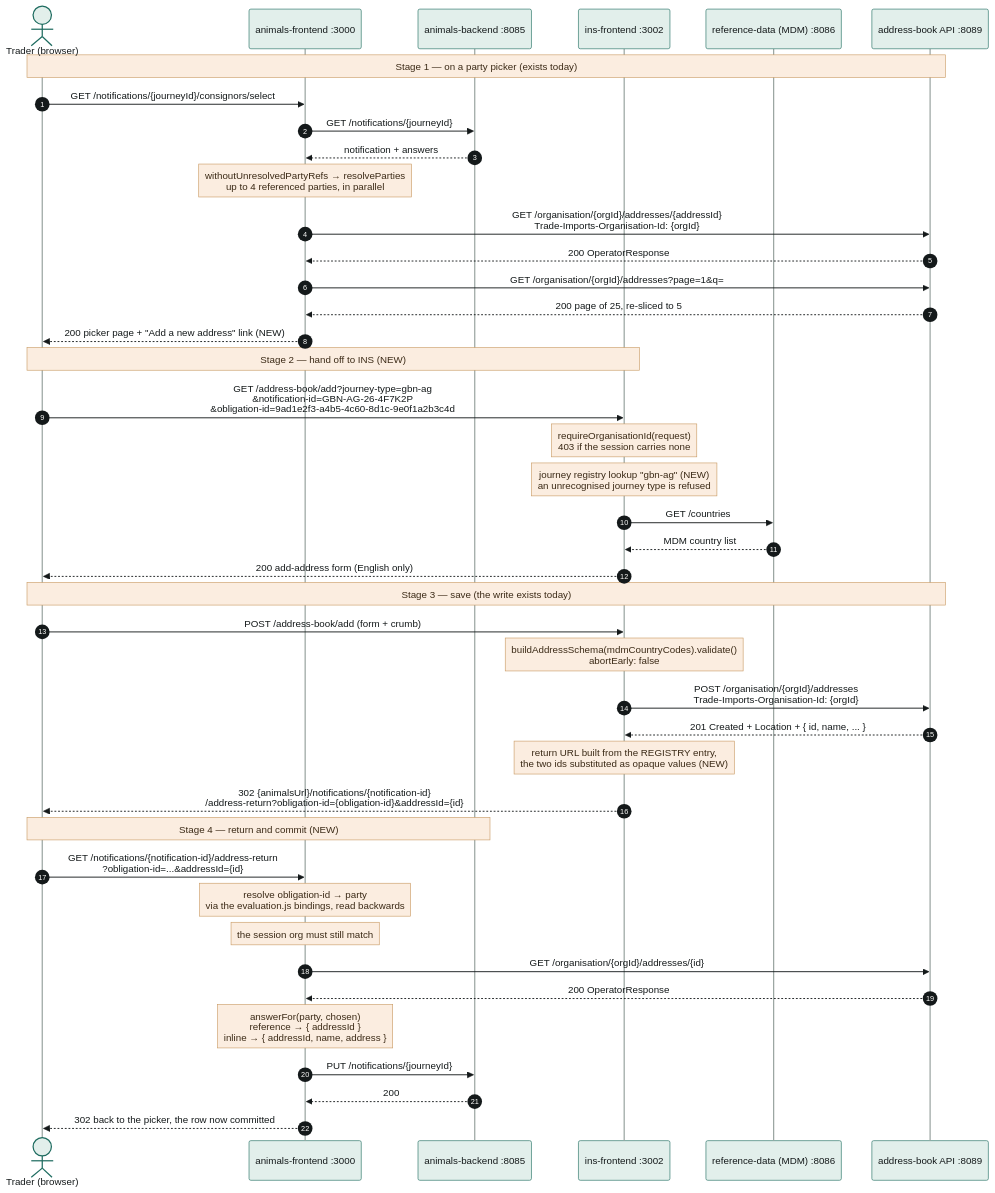
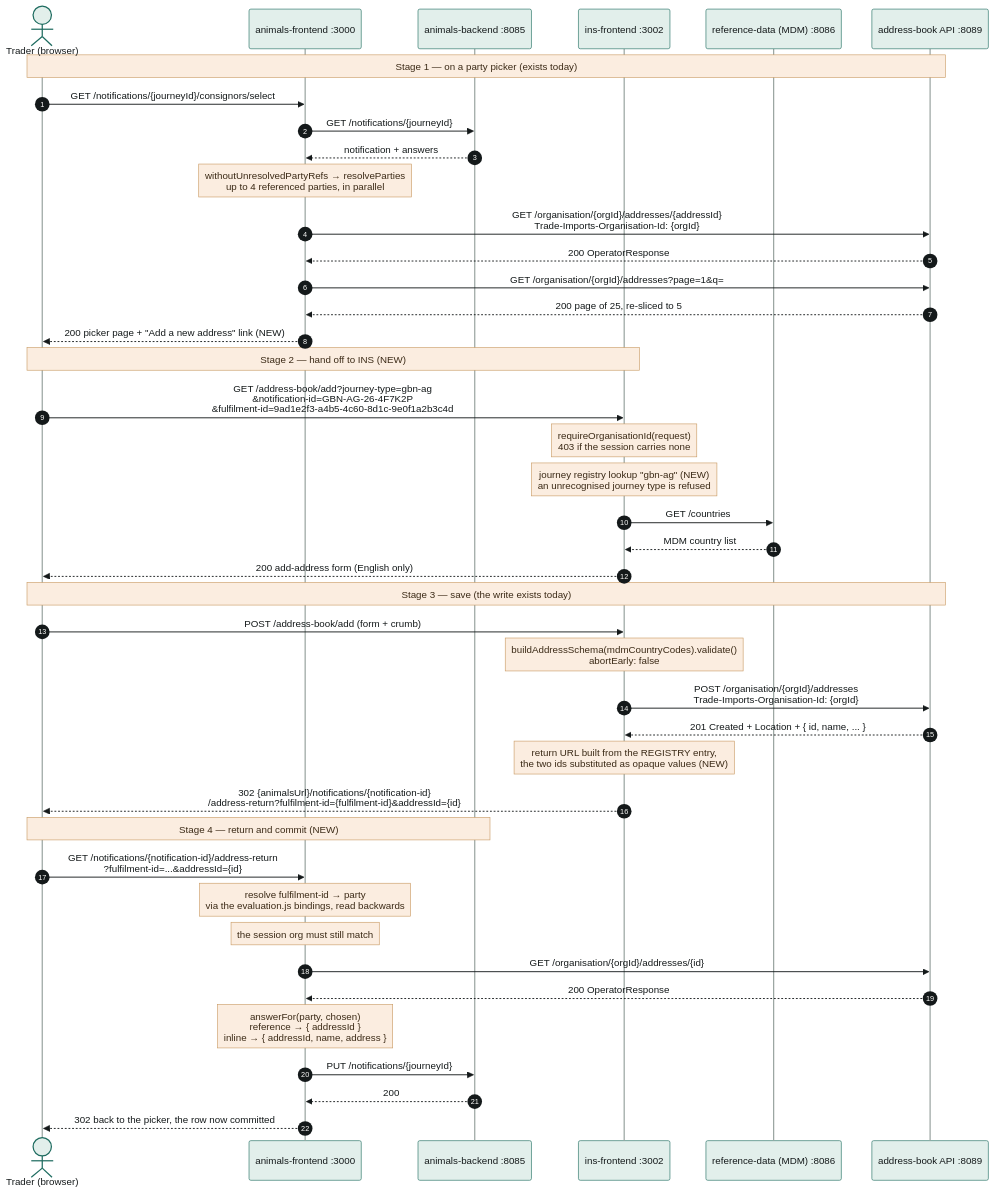
Before and after one commit to DEFRA/trade-imports-workspace: the diagram in workareas/shared/eudpa-333-address-add-handshake/happy-path.mmd, drawn with Mermaid. The commit also changed 3 other files, not shown here.

First line of the commit message:
docs(EUDPA-333): the return parameter is fulfilment-id, not obligation-id

```diff
--- a/workareas/shared/eudpa-333-address-add-handshake/happy-path.mmd
+++ b/workareas/shared/eudpa-333-address-add-handshake/happy-path.mmd
@@ -1,47 +1,47 @@
 %%{init: {"theme":"base","themeVariables":{"background":"#fcfcfa","primaryColor":"#e2efeb","primaryTextColor":"#14191a","primaryBorderColor":"#1d6b5f","lineColor":"#4a5350","secondaryColor":"#fbede0","tertiaryColor":"#edefeb","actorBkg":"#e2efeb","actorBorder":"#1d6b5f","actorTextColor":"#14191a","actorLineColor":"#9aa5a1","signalColor":"#14191a","signalTextColor":"#14191a","noteBkgColor":"#fbede0","noteTextColor":"#3b2a16","noteBorderColor":"#c99a63","sequenceNumberColor":"#fcfcfa","fontFamily":"IBM Plex Sans, Helvetica, Arial, sans-serif","fontSize":"14px"}}}%%
 sequenceDiagram
     autonumber
     actor T as Trader (browser)
     participant A as animals-frontend :3000
     participant AB as animals-backend :8085
     participant I as ins-frontend :3002
     participant RD as reference-data (MDM) :8086
     participant BK as address-book API :8089
 
     Note over T,BK: Stage 1 — on a party picker (exists today)
     T->>A: GET /notifications/{journeyId}/consignors/select
     A->>AB: GET /notifications/{journeyId}
     AB-->>A: notification + answers
     Note over A: withoutUnresolvedPartyRefs → resolveParties<br/>up to 4 referenced parties, in parallel
     A->>BK: GET /organisation/{orgId}/addresses/{addressId}<br/>Trade-Imports-Organisation-Id: {orgId}
     BK-->>A: 200 OperatorResponse
     A->>BK: GET /organisation/{orgId}/addresses?page=1&q=
     BK-->>A: 200 page of 25, re-sliced to 5
     A-->>T: 200 picker page + "Add a new address" link (NEW)
 
     Note over T,I: Stage 2 — hand off to INS (NEW)
-    T->>I: GET /address-book/add?journey-type=gbn-ag<br/>&notification-id=GBN-AG-26-4F7K2P<br/>&obligation-id=9ad1e2f3-a4b5-4c60-8d1c-9e0f1a2b3c4d
+    T->>I: GET /address-book/add?journey-type=gbn-ag<br/>&notification-id=GBN-AG-26-4F7K2P<br/>&fulfilment-id=9ad1e2f3-a4b5-4c60-8d1c-9e0f1a2b3c4d
     Note over I: requireOrganisationId(request)<br/>403 if the session carries none
     Note over I: journey registry lookup "gbn-ag" (NEW)<br/>an unrecognised journey type is refused
     I->>RD: GET /countries
     RD-->>I: MDM country list
     I-->>T: 200 add-address form (English only)
 
     Note over T,BK: Stage 3 — save (the write exists today)
     T->>I: POST /address-book/add (form + crumb)
     Note over I: buildAddressSchema(mdmCountryCodes).validate()<br/>abortEarly: false
     I->>BK: POST /organisation/{orgId}/addresses<br/>Trade-Imports-Organisation-Id: {orgId}
     BK-->>I: 201 Created + Location + { id, name, ... }
     Note over I: return URL built from the REGISTRY entry,<br/>the two ids substituted as opaque values (NEW)
-    I-->>T: 302 {animalsUrl}/notifications/{notification-id}<br/>/address-return?obligation-id={obligation-id}&addressId={id}
+    I-->>T: 302 {animalsUrl}/notifications/{notification-id}<br/>/address-return?fulfilment-id={fulfilment-id}&addressId={id}
 
     Note over T,AB: Stage 4 — return and commit (NEW)
-    T->>A: GET /notifications/{notification-id}/address-return<br/>?obligation-id=...&addressId={id}
-    Note over A: resolve obligation-id → party<br/>via the evaluation.js bindings, read backwards
+    T->>A: GET /notifications/{notification-id}/address-return<br/>?fulfilment-id=...&addressId={id}
+    Note over A: resolve fulfilment-id → party<br/>via the evaluation.js bindings, read backwards
     Note over A: the session org must still match
     A->>BK: GET /organisation/{orgId}/addresses/{id}
     BK-->>A: 200 OperatorResponse
     Note over A: answerFor(party, chosen)<br/>reference → { addressId }<br/>inline → { addressId, name, address }
     A->>AB: PUT /notifications/{journeyId}
     AB-->>A: 200
     A-->>T: 302 back to the picker, the row now committed
```
